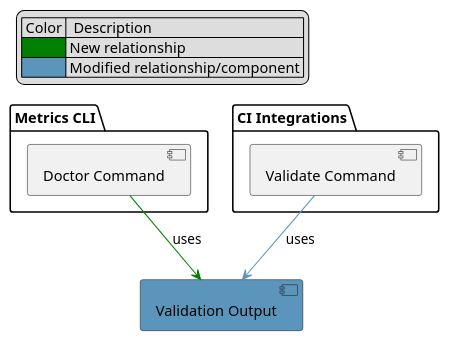
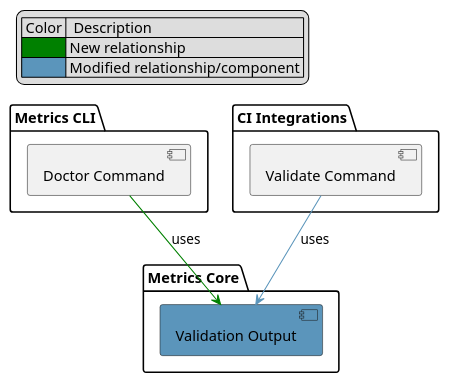
One commit to Flank/flank-dashboard changed the diagram in metrics/cli/docs/features/doctor_output_improvements/diagrams/doctor_output_feature_component_diagram.puml. Above: the diagram before and after it, drawn with PlantUML. The commit also changed 3 other files, not shown here.

```diff
--- a/metrics/cli/docs/features/doctor_output_improvements/diagrams/doctor_output_feature_component_diagram.puml
+++ b/metrics/cli/docs/features/doctor_output_improvements/diagrams/doctor_output_feature_component_diagram.puml
@@ -1,22 +1,24 @@
 @startuml doctor_output_feature_component_diagram
 
 legend top left
     | Color |  Description |
     |<#green>| New relationship |
     |<#5B95BB>| Modified relationship/component |
 end legend
 
 package "Metrics CLI" {
     component "Doctor Command" as doctor
 }
 
 package "CI Integrations" {
     component "Validate Command" as validate
 }
 
-component "Validation Output" as output #5B95BB
+package "Metrics Core" {
+    component "Validation Output" as output #5B95BB
+}
 
 doctor -[#green]down-> output : uses
 validate -[#5B95BB]down-> output : uses
 
 @enduml
```
